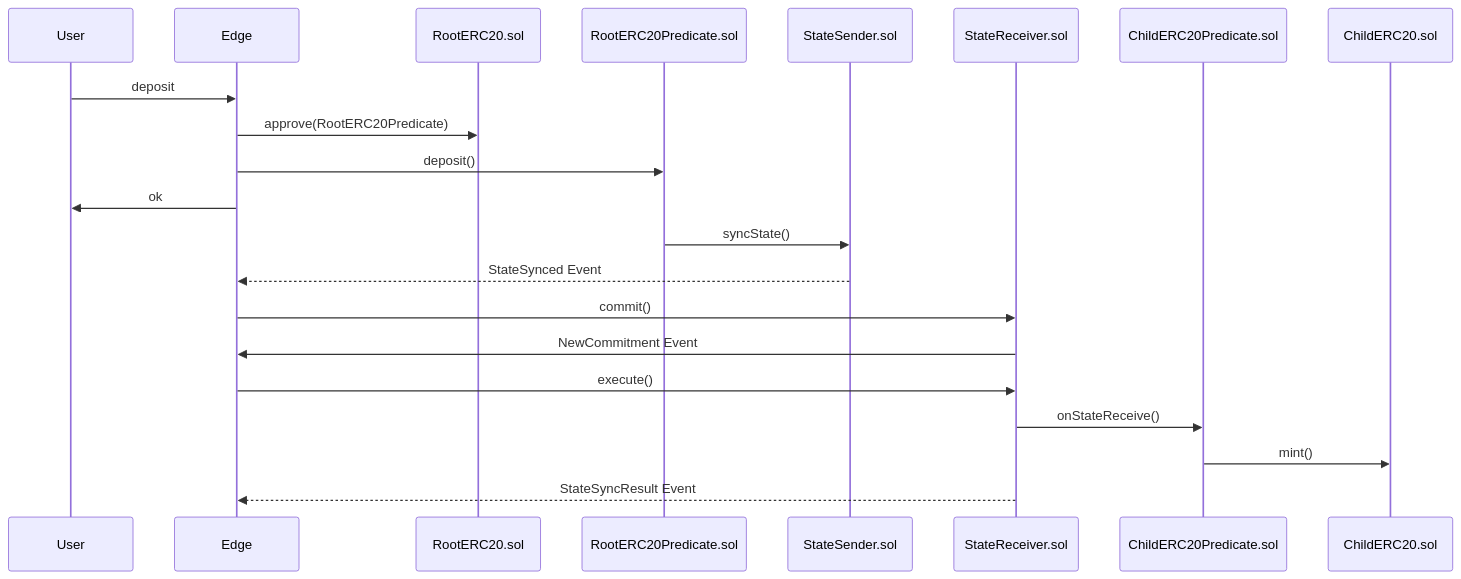
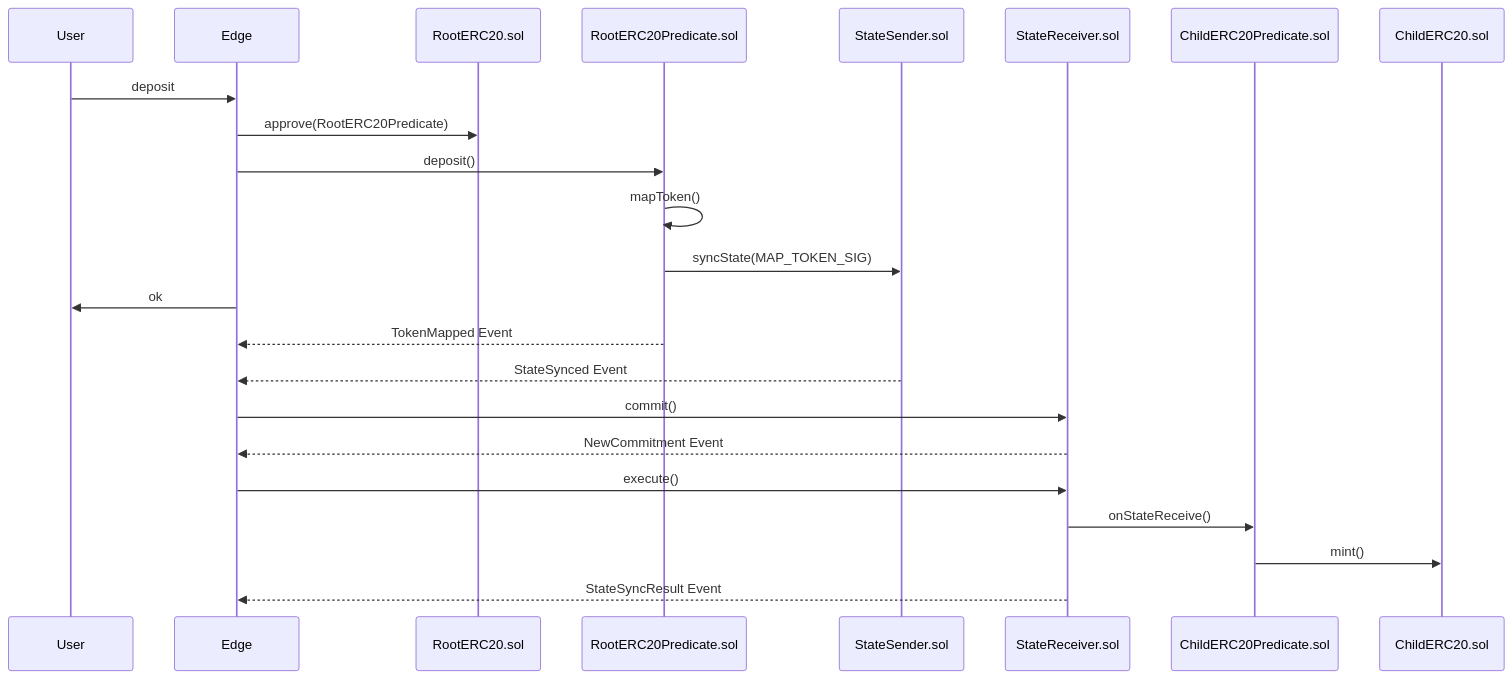
Before and after one commit to 0xPolygon/polygon-edge: the first of 3 diagrams in docs/bridge/sequences.md, drawn with Mermaid.

Commit message:
Add mapToken() flow

````diff
--- a/docs/bridge/sequences.md
+++ b/docs/bridge/sequences.md
@@ -5,15 +5,17 @@
 ```mermaid
 sequenceDiagram
 	User->>Edge: deposit
 	Edge->>RootERC20.sol: approve(RootERC20Predicate)
 	Edge->>RootERC20Predicate.sol: deposit()
+	RootERC20Predicate.sol->>RootERC20Predicate.sol: mapToken()
+	RootERC20Predicate.sol->>StateSender.sol: syncState(MAP_TOKEN_SIG)
 	Edge->>User: ok
-	RootERC20Predicate.sol->>StateSender.sol:syncState()
+	RootERC20Predicate.sol-->>Edge: TokenMapped Event
 	StateSender.sol-->>Edge: StateSynced Event
 	Edge->>StateReceiver.sol:commit()
-	StateReceiver.sol->>Edge: NewCommitment Event
+	StateReceiver.sol-->>Edge: NewCommitment Event
 	Edge->>StateReceiver.sol:execute()
 	StateReceiver.sol->>ChildERC20Predicate.sol:onStateReceive()
 	ChildERC20Predicate.sol->>ChildERC20.sol: mint()
 	StateReceiver.sol-->>Edge:StateSyncResult Event
 ```
````
